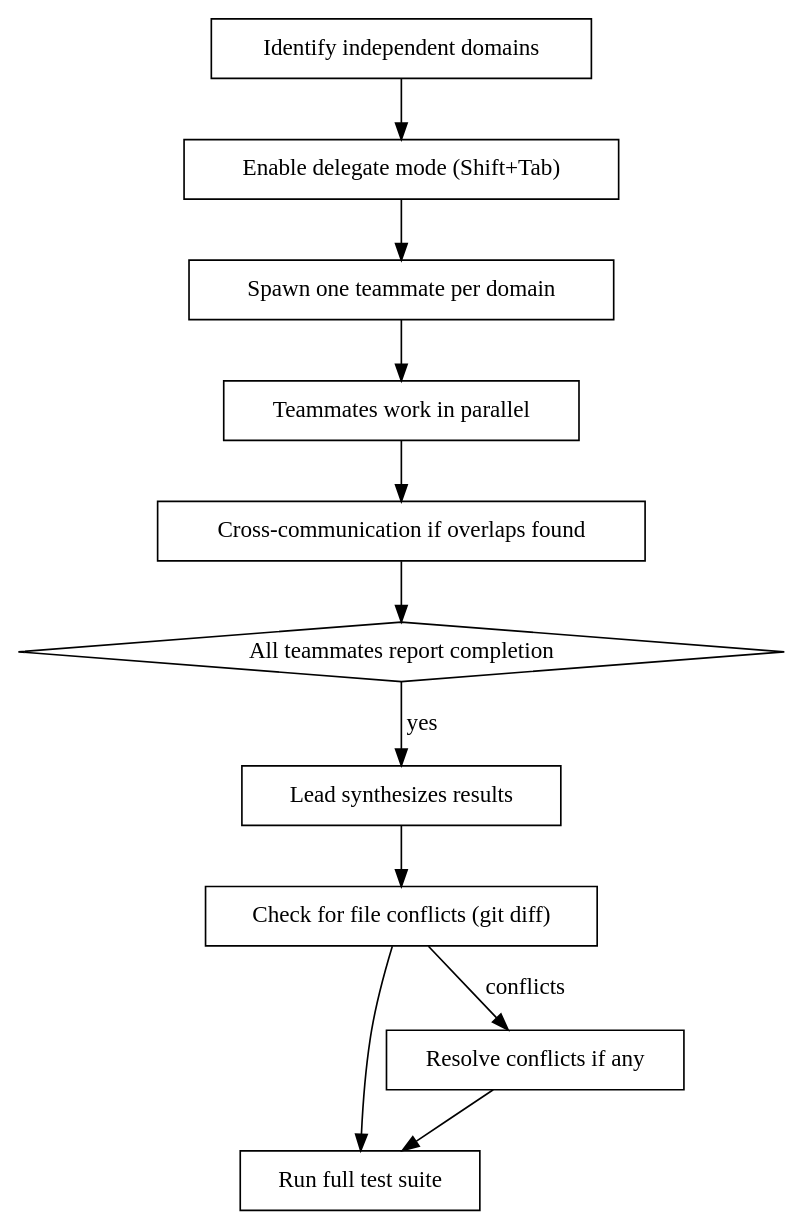
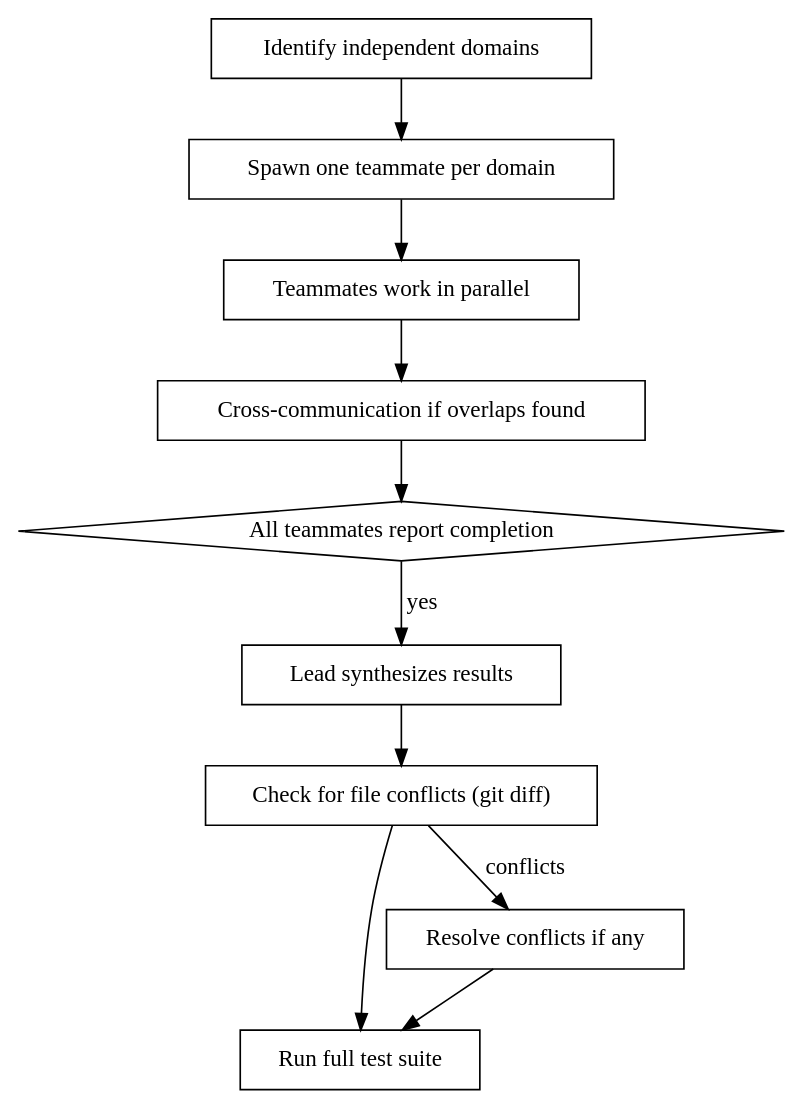
Before and after one commit to strawhatduckk/superpowers-agent-teams: the second of 2 diagrams in skills/dispatching-agent-teams/SKILL.md, drawn with Graphviz. The commit also changed other lines of this file and 46 other files, not shown here.

````diff
--- a/skills/dispatching-agent-teams/SKILL.md
+++ b/skills/dispatching-agent-teams/SKILL.md
@@ -51,26 +51,24 @@
 ```dot
 digraph process {
     rankdir=TB;
     "Identify independent domains" [shape=box];
-    "Enable delegate mode (Shift+Tab)" [shape=box];
     "Spawn one teammate per domain" [shape=box];
     "Teammates work in parallel" [shape=box];
     "Cross-communication if overlaps found" [shape=box];
     "All teammates report completion" [shape=diamond];
     "Lead synthesizes results" [shape=box];
     "Check for file conflicts (git diff)" [shape=box];
     "Run full test suite" [shape=box];
     "Resolve conflicts if any" [shape=box];
 
-    "Identify independent domains" -> "Enable delegate mode (Shift+Tab)";
-    "Enable delegate mode (Shift+Tab)" -> "Spawn one teammate per domain";
+    "Identify independent domains" -> "Spawn one teammate per domain";
     "Spawn one teammate per domain" -> "Teammates work in parallel";
     "Teammates work in parallel" -> "Cross-communication if overlaps found";
     "Cross-communication if overlaps found" -> "All teammates report completion";
     "All teammates report completion" -> "Lead synthesizes results" [label="yes"];
     "Lead synthesizes results" -> "Check for file conflicts (git diff)";
     "Check for file conflicts (git diff)" -> "Run full test suite";
     "Check for file conflicts (git diff)" -> "Resolve conflicts if any" [label="conflicts"];
     "Resolve conflicts if any" -> "Run full test suite";
 }
 ```
````
